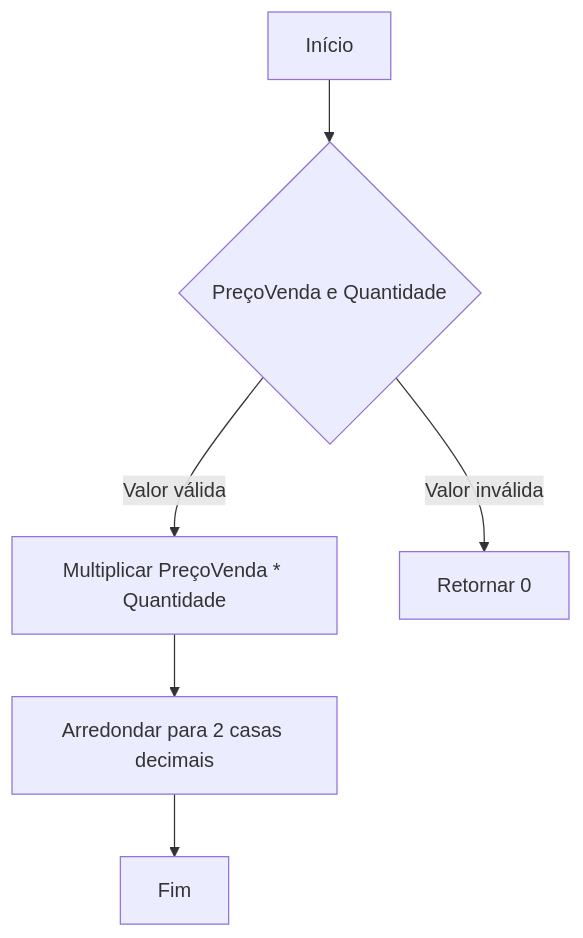
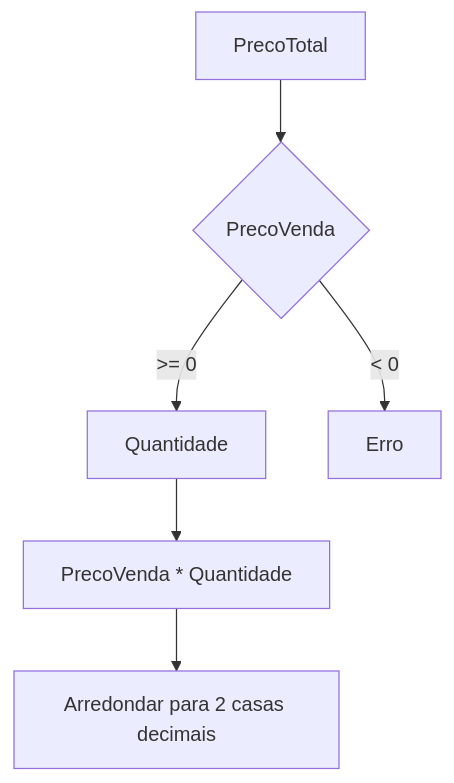
Before and after one commit to IsthmusSistemas/documentacao-tecnica: the first of 2 diagrams in docs/b2b-dominio/IsthmusWinthor.Nucleo/IsthmusWinthor.Dominio/Entidades/ItemOrcamento.md, drawn with Mermaid. The commit also changed other lines of this file and 882 other files, not shown here.

````diff
--- a/docs/b2b-dominio/IsthmusWinthor.Nucleo/IsthmusWinthor.Dominio/Entidades/ItemOrcamento.md
+++ b/docs/b2b-dominio/IsthmusWinthor.Nucleo/IsthmusWinthor.Dominio/Entidades/ItemOrcamento.md
@@ -19,8 +17,8 @@
 ```mermaid
 flowchart TD
-    A[Início] --> B{PreçoVenda e Quantidade}
-    B -->|Valor válida| C[Multiplicar PreçoVenda * Quantidade]
-    B -->|Valor inválida| D[Retornar 0]
-    C --> E[Arredondar para 2 casas decimais]
-    E --> F[Fim]
+    A[PrecoTotal] --> B{PrecoVenda}
+    B -->|>= 0| C[Quantidade]
+    B -->|< 0| D[Erro]
+    C --> E[PrecoVenda * Quantidade]
+    E --> F[Arredondar para 2 casas decimais]
 ```
````
